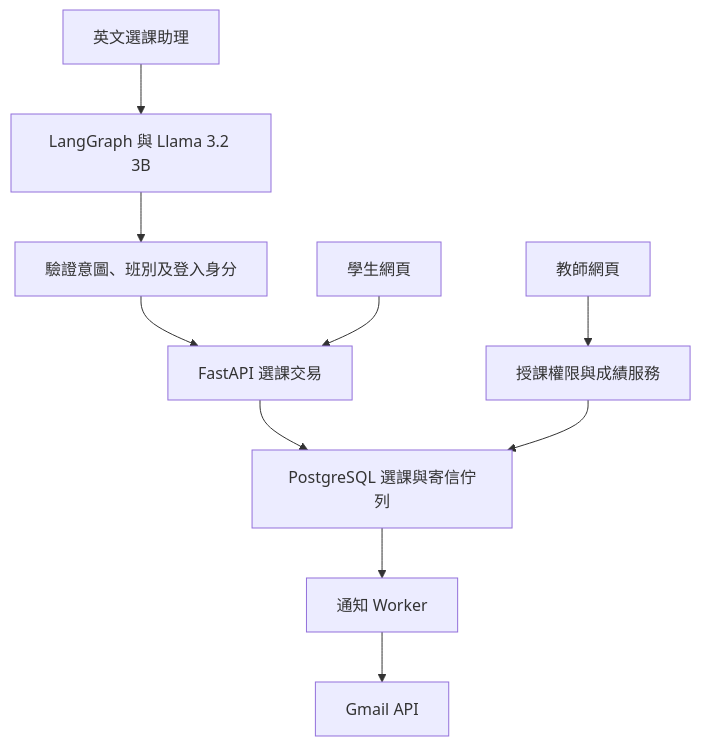
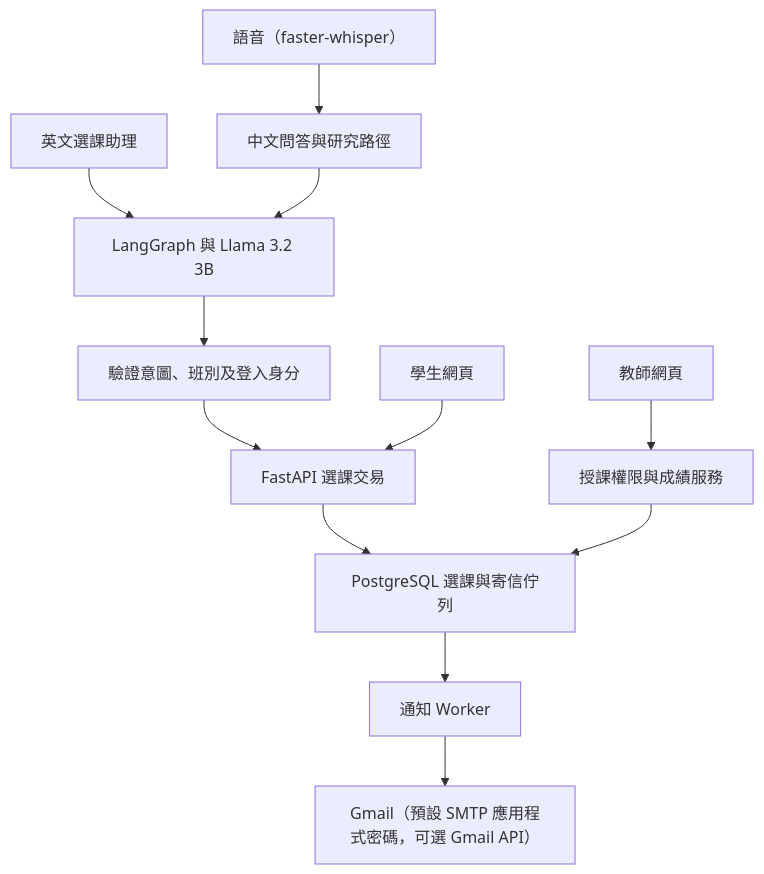
One commit to programmerKB/CourseFlow changed the fourth of 4 diagrams in Course_Registration_SRS.md. Above: the diagram before and after it, drawn with Mermaid. The commit also changed other lines of this file and 5 other files, not shown here.

````diff
--- a/Course_Registration_SRS.md
+++ b/Course_Registration_SRS.md
@@ -314,12 +333,14 @@
 ```mermaid
 flowchart TD
     Chat["英文選課助理"] --> Model["LangGraph 與 Llama 3.2 3B"]
+    ChatZh["中文問答與研究路徑"] --> Model
+    Voice["語音（faster-whisper）"] --> ChatZh
     Model --> Tools["驗證意圖、班別及登入身分"]
     Tools --> Service["FastAPI 選課交易"]
     Web["學生網頁"] --> Service
     Service --> Db["PostgreSQL 選課與寄信佇列"]
     Teacher["教師網頁"] --> Grades["授課權限與成績服務"]
     Grades --> Db
     Db --> Worker["通知 Worker"]
-    Worker --> Gmail["Gmail API"]
+    Worker --> Gmail["Gmail（預設 SMTP 應用程式密碼，可選 Gmail API）"]
 ```
````
